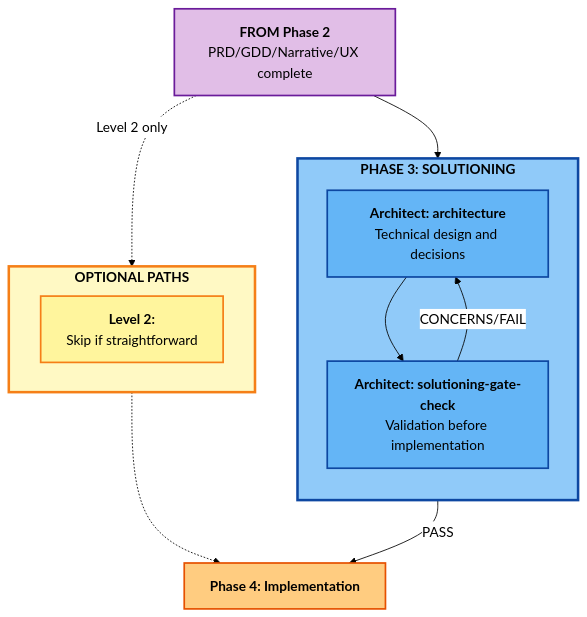
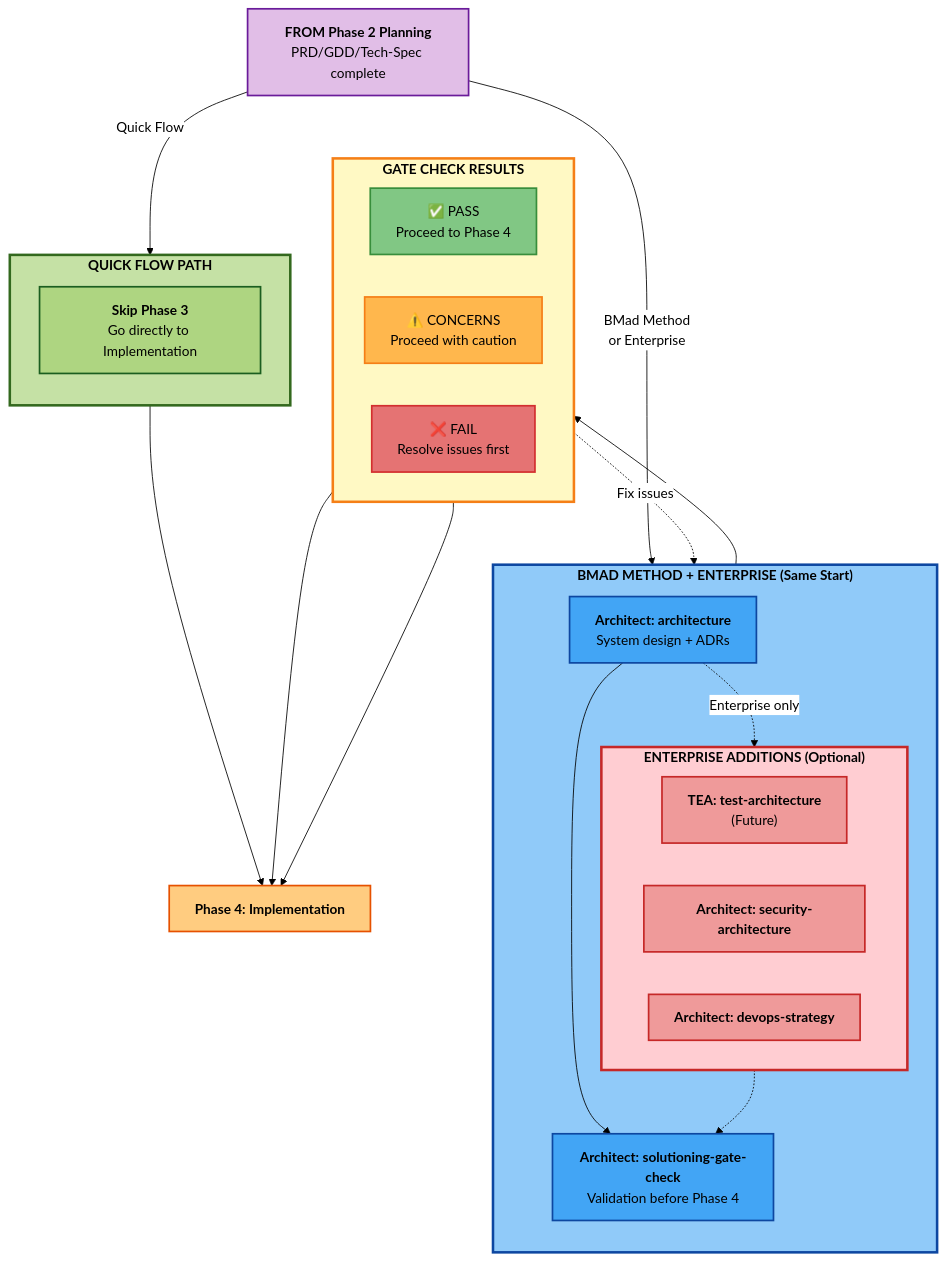
Before and after one commit to zsutxz/BMAD-METHOD: the diagram in src/modules/bmm/docs/workflows-solutioning.md, drawn with Mermaid. The commit also changed other lines of this file and 11 other files, not shown here.

Commit message:
More document Updtes and diagram improvements

````diff
--- a/src/modules/bmm/docs/workflows-solutioning.md
+++ b/src/modules/bmm/docs/workflows-solutioning.md
@@ -13,32 +19,61 @@
 ```mermaid
 %%{init: {'theme':'base', 'themeVariables': { 'primaryColor':'#fff','primaryTextColor':'#000','primaryBorderColor':'#000','lineColor':'#000','fontSize':'16px','fontFamily':'arial'}}}%%
 graph TB
-    FromPRD["<b>FROM Phase 2</b><br/>PRD/GDD/Narrative/UX complete"]
+    FromPlanning["<b>FROM Phase 2 Planning</b><br/>PRD/GDD/Tech-Spec complete"]
 
-    subgraph Solutioning["<b>PHASE 3: SOLUTIONING</b>"]
+    subgraph QuickFlow["<b>QUICK FLOW PATH</b>"]
         direction TB
-        Architecture["<b>Architect: architecture</b><br/>Technical design and decisions"]
-        GateCheck["<b>Architect: solutioning-gate-check</b><br/>Validation before implementation"]
+        SkipArch["<b>Skip Phase 3</b><br/>Go directly to Implementation"]
     end
 
-    subgraph Optional["<b>OPTIONAL PATHS</b>"]
-        direction LR
-        Level2Skip["<b>Level 2:</b><br/>Skip if straightforward"]
+    subgraph BMadEnterprise["<b>BMAD METHOD + ENTERPRISE (Same Start)</b>"]
+        direction TB
+        Architecture["<b>Architect: architecture</b><br/>System design + ADRs"]
+
+        subgraph Optional["<b>ENTERPRISE ADDITIONS (Optional)</b>"]
+            direction LR
+            TestArch["<b>TEA: test-architecture</b><br/>(Future)"]
+            SecArch["<b>Architect: security-architecture</b>"]
+            DevOps["<b>Architect: devops-strategy</b>"]
+        end
+
+        GateCheck["<b>Architect: solutioning-gate-check</b><br/>Validation before Phase 4"]
+
+        Architecture -.->|Enterprise only| Optional
+        Architecture --> GateCheck
+        Optional -.-> GateCheck
     end
 
-    FromPRD --> Architecture
-    Architecture --> GateCheck
-    GateCheck -->|PASS| Phase4["<b>Phase 4: Implementation</b>"]
-    GateCheck -->|CONCERNS/FAIL| Architecture
-    FromPRD -.->|Level 2 only| Level2Skip
-    Level2Skip -.-> Phase4
+    subgraph Result["<b>GATE CHECK RESULTS</b>"]
+        direction LR
+        Pass["✅ PASS<br/>Proceed to Phase 4"]
+        Concerns["⚠️ CONCERNS<br/>Proceed with caution"]
+        Fail["❌ FAIL<br/>Resolve issues first"]
+    end
 
-    style FromPRD fill:#e1bee7,stroke:#6a1b9a,stroke-width:2px,color:#000
-    style Solutioning fill:#90caf9,stroke:#0d47a1,stroke-width:3px,color:#000
-    style Optional fill:#fff9c4,stroke:#f57f17,stroke-width:3px,color:#000
+    FromPlanning -->|Quick Flow| QuickFlow
+    FromPlanning -->|BMad Method<br/>or Enterprise| Architecture
+
+    QuickFlow --> Phase4["<b>Phase 4: Implementation</b>"]
+    GateCheck --> Result
+    Pass --> Phase4
+    Concerns --> Phase4
+    Fail -.->|Fix issues| Architecture
+
+    style FromPlanning fill:#e1bee7,stroke:#6a1b9a,stroke-width:2px,color:#000
+    style QuickFlow fill:#c5e1a5,stroke:#33691e,stroke-width:3px,color:#000
+    style BMadEnterprise fill:#90caf9,stroke:#0d47a1,stroke-width:3px,color:#000
+    style Optional fill:#ffcdd2,stroke:#c62828,stroke-width:3px,color:#000
+    style Result fill:#fff9c4,stroke:#f57f17,stroke-width:3px,color:#000
     style Phase4 fill:#ffcc80,stroke:#e65100,stroke-width:2px,color:#000
 
-    style Architecture fill:#64b5f6,stroke:#0d47a1,stroke-width:2px,color:#000
-    style GateCheck fill:#64b5f6,stroke:#0d47a1,stroke-width:2px,color:#000
-    style Level2Skip fill:#fff59d,stroke:#f57f17,stroke-width:2px,color:#000
+    style SkipArch fill:#aed581,stroke:#1b5e20,stroke-width:2px,color:#000
+    style Architecture fill:#42a5f5,stroke:#0d47a1,stroke-width:2px,color:#000
+    style TestArch fill:#ef9a9a,stroke:#c62828,stroke-width:2px,color:#000
+    style SecArch fill:#ef9a9a,stroke:#c62828,stroke-width:2px,color:#000
+    style DevOps fill:#ef9a9a,stroke:#c62828,stroke-width:2px,color:#000
+    style GateCheck fill:#42a5f5,stroke:#0d47a1,stroke-width:2px,color:#000
+    style Pass fill:#81c784,stroke:#388e3c,stroke-width:2px,color:#000
+    style Concerns fill:#ffb74d,stroke:#f57f17,stroke-width:2px,color:#000
+    style Fail fill:#e57373,stroke:#d32f2f,stroke-width:2px,color:#000
 ```
````
